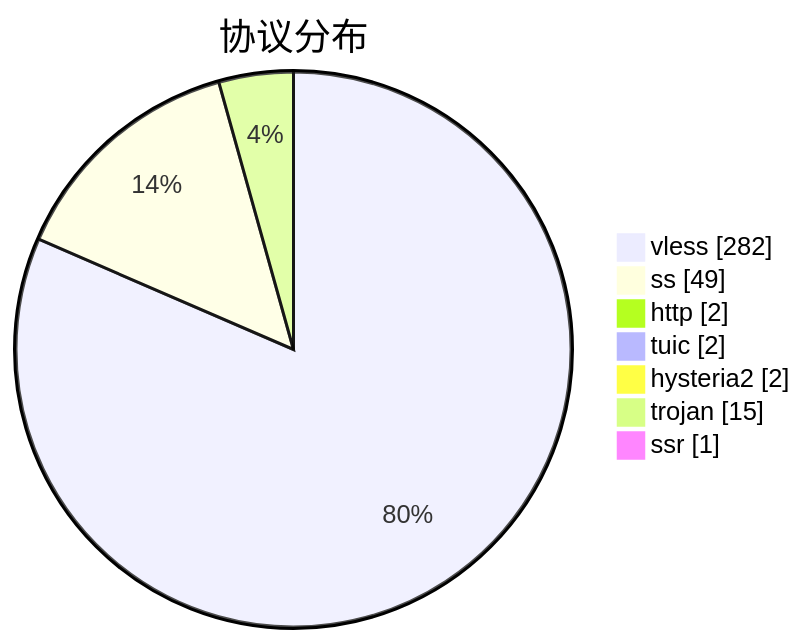
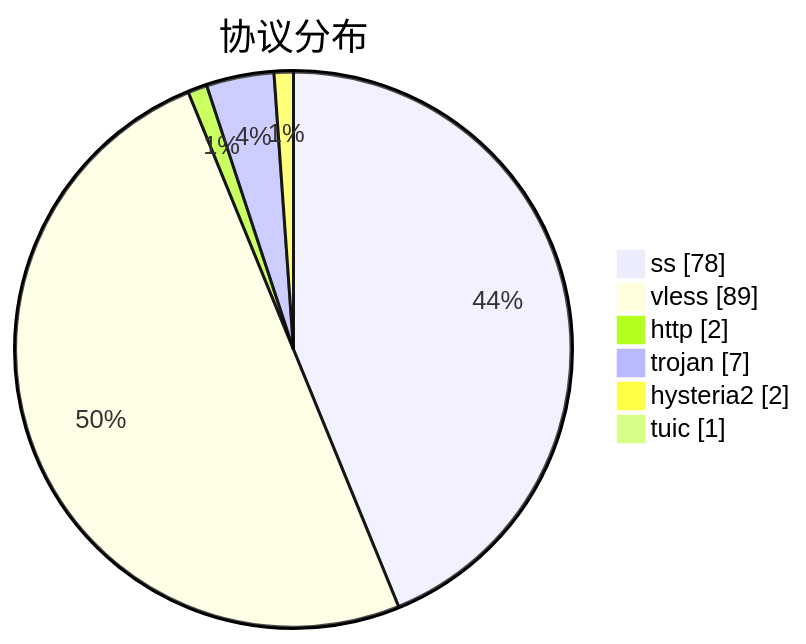
One commit to qjlxg/airport changed the third of 3 diagrams in subs/statistics/tested_within.md. Above: the diagram before and after it, drawn with Mermaid. The commit also changed other lines of this file and 2 other files, not shown here.

````diff
--- a/subs/statistics/tested_within.md
+++ b/subs/statistics/tested_within.md
@@ -32,11 +25,10 @@
 ```mermaid
 pie showData
 title 协议分布
-"vless" : 282
-"ss" : 49
+"ss" : 78
+"vless" : 89
 "http" : 2
-"tuic" : 2
+"trojan" : 7
 "hysteria2" : 2
-"trojan" : 15
-"ssr" : 1
+"tuic" : 1
 ```
````
